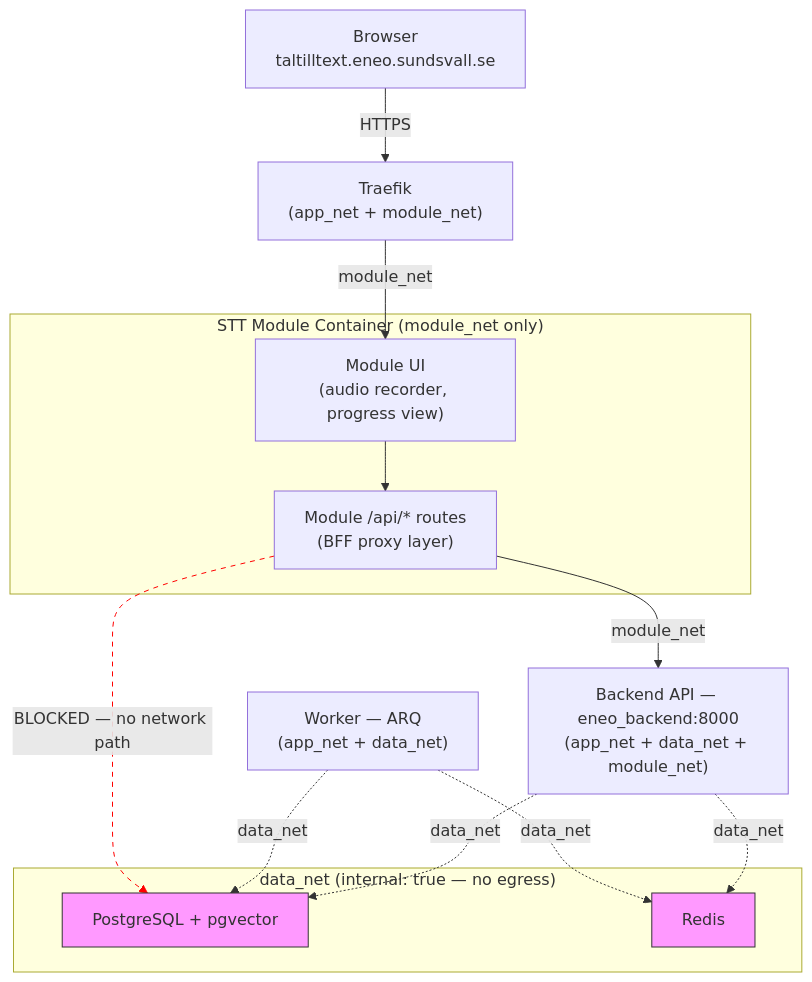
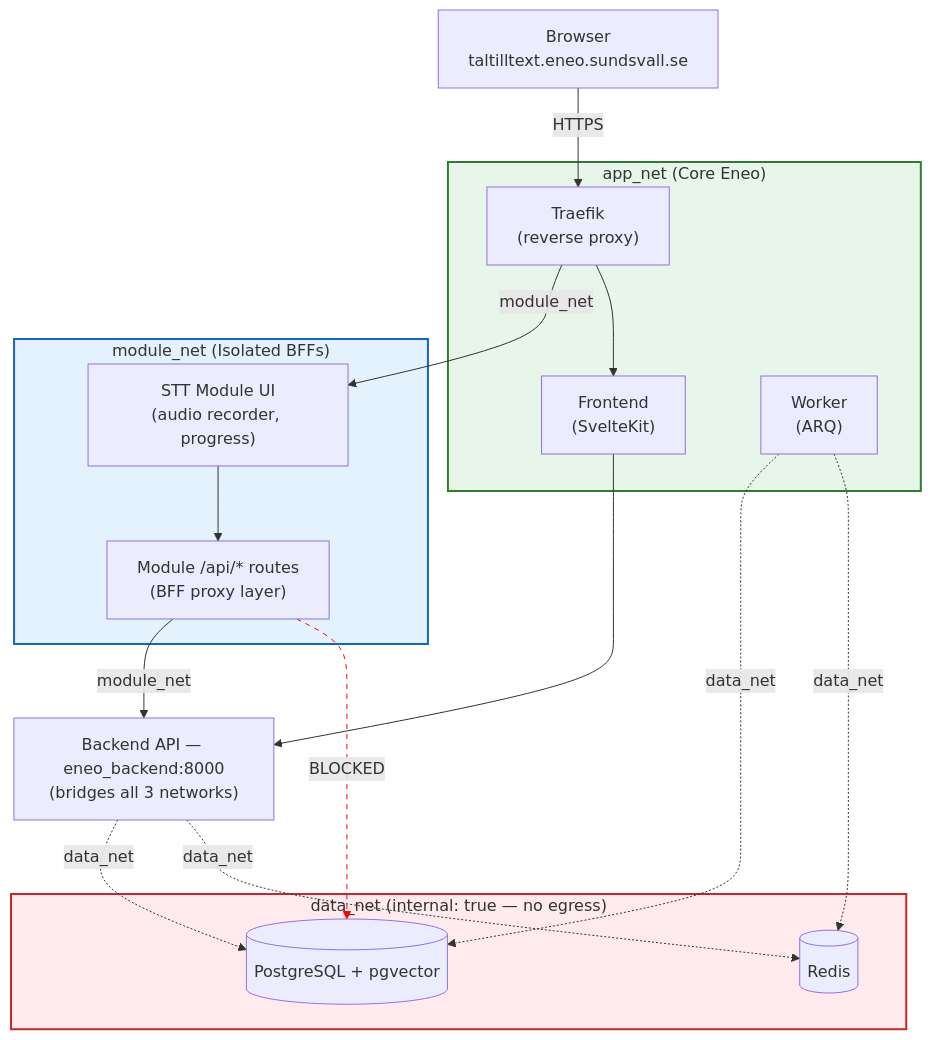
The second of 4 diagrams in README.md (CCimen/eneo-modules-example), drawn with Mermaid before and after one commit. The commit also changed other lines of this file and 1 other file, not shown here.

Commit message:
docs: improve Mermaid diagrams for readability
- Auth broker: add autonumbering and phase grouping (Initiation, OIDC Dance, Ticket Exchange)
- Network diagram: color-code trust zones (green=app_net, blue=module_net, red=data_net)
- Flow engine: add DB session lifespan sequence diagram showing connection closed during LLM calls

````diff
--- a/README.md
+++ b/README.md
@@ -232,40 +232,46 @@
 ```mermaid
 flowchart TB
     Browser["`Browser
 taltilltext.eneo.sundsvall.se`"]
 
-    subgraph Module["STT Module Container (module_net only)"]
-        ModUI["`Module UI
-(audio recorder, progress view)`"]
+    subgraph AppNet["app_net (Core Eneo)"]
+        Traefik["`Traefik
+(reverse proxy)`"]
+        Frontend["`Frontend
+(SvelteKit)`"]
+        Worker["`Worker
+(ARQ)`"]
+    end
+
+    subgraph ModuleNet["module_net (Isolated BFFs)"]
+        ModUI["`STT Module UI
+(audio recorder, progress)`"]
         ModAPI["`Module /api/* routes
 (BFF proxy layer)`"]
     end
 
-    Traefik["`Traefik
-(app_net + module_net)`"]
+    Backend["`Backend API — eneo_backend:8000
+(bridges all 3 networks)`"]
 
-    Backend["`Backend API — eneo_backend:8000
-(app_net + data_net + module_net)`"]
-
-    Worker["`Worker — ARQ
-(app_net + data_net)`"]
-
-    subgraph data["data_net (internal: true — no egress)"]
-        DB["PostgreSQL + pgvector"]
-        Redis["Redis"]
+    subgraph DataNet["data_net (internal: true — no egress)"]
+        DB[("PostgreSQL + pgvector")]
+        Redis[("Redis")]
     end
 
     Browser -->|"HTTPS"| Traefik
     Traefik -->|"module_net"| ModUI
+    Traefik --> Frontend
     ModUI --> ModAPI
     ModAPI -->|"module_net"| Backend
+    Frontend --> Backend
     Backend -.->|"data_net"| DB
     Backend -.->|"data_net"| Redis
     Worker -.->|"data_net"| DB
     Worker -.->|"data_net"| Redis
-    ModAPI -.->|"BLOCKED — no network path"| DB
+    ModAPI -.->|"BLOCKED"| DB
 
-    style DB fill:#f9f,stroke:#333
-    style Redis fill:#f9f,stroke:#333
-    linkStyle 8 stroke:red,stroke-dasharray:5
+    style DataNet fill:#ffebee,stroke:#c62828,stroke-width:2px
+    style ModuleNet fill:#e3f2fd,stroke:#1565c0,stroke-width:2px
+    style AppNet fill:#e8f5e9,stroke:#2e7d32,stroke-width:2px
+    linkStyle 10 stroke:red,stroke-dasharray:5
 ```
````
